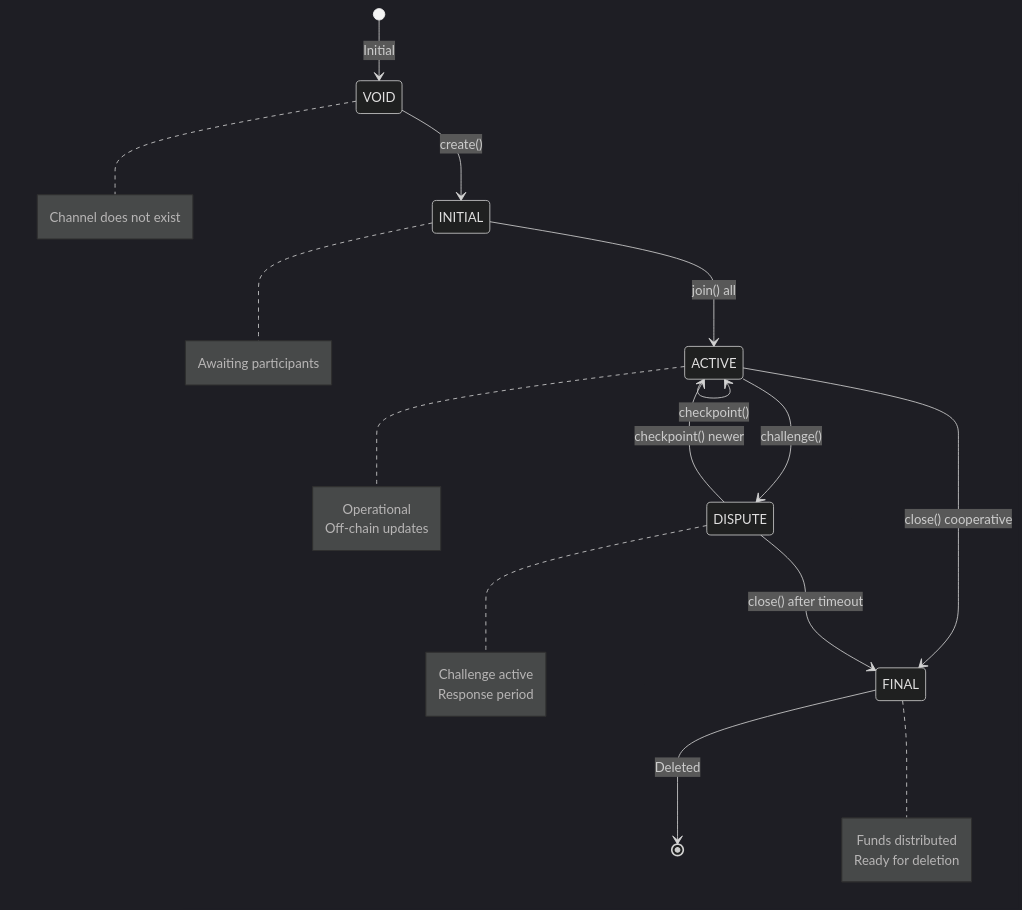
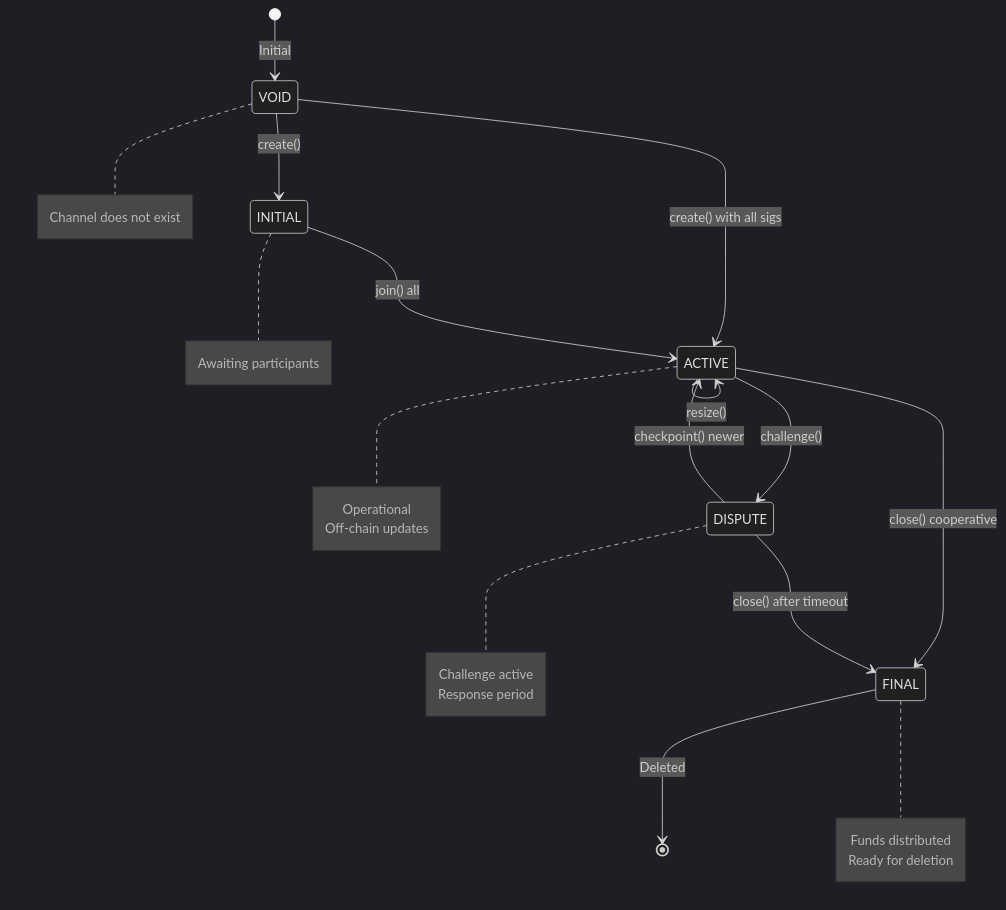
One commit to layer-3/docs changed the tenth of 10 diagrams in docs/protocol/on-chain/channel-lifecycle.mdx. Above: the diagram before and after it, drawn with Mermaid (dark theme). The commit also changed other lines of this file and 3 other files, not shown here.

````diff
--- a/docs/protocol/on-chain/channel-lifecycle.mdx
+++ b/docs/protocol/on-chain/channel-lifecycle.mdx
@@ -341,18 +398,20 @@
 ```mermaid
 stateDiagram-v2
     [*] --> VOID: Initial
     VOID --> INITIAL: create()
+    VOID --> ACTIVE: create() with all sigs
     INITIAL --> ACTIVE: join() all
     ACTIVE --> ACTIVE: checkpoint()
+    ACTIVE --> ACTIVE: resize()
     ACTIVE --> DISPUTE: challenge()
     ACTIVE --> FINAL: close() cooperative
     DISPUTE --> ACTIVE: checkpoint() newer
     DISPUTE --> FINAL: close() after timeout
     FINAL --> [*]: Deleted
     
     note right of VOID: Channel does not exist
     note right of INITIAL: Awaiting participants
     note right of ACTIVE: Operational<br/>Off-chain updates
     note right of DISPUTE: Challenge active<br/>Response period
     note right of FINAL: Funds distributed<br/>Ready for deletion
 ```
````
